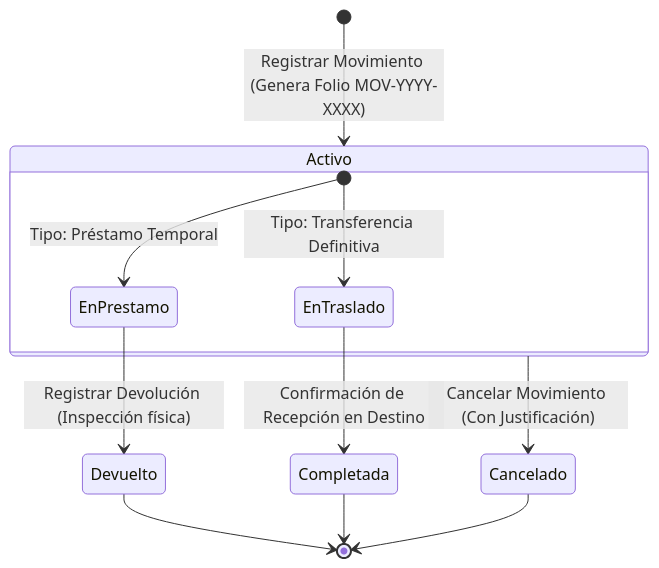
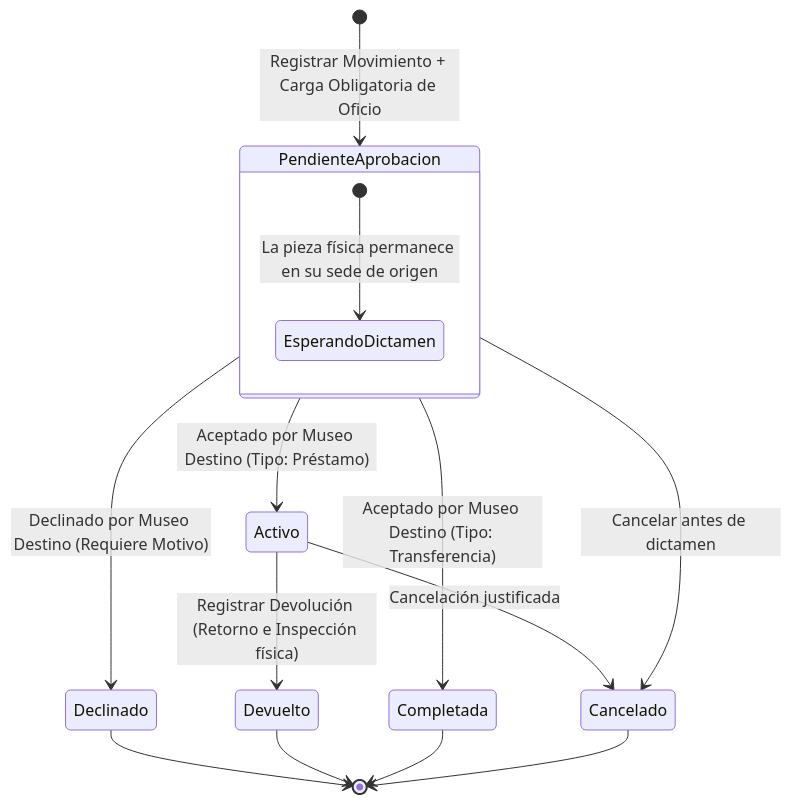
The diagram in boveda/documentacion/02 - Base de Datos y Modelo de Datos/03 - Módulo de Préstamos y Transferencias.md (Ladri2cop/acervo_cultural_server), drawn with Mermaid before and after one commit. The commit also changed other lines of this file and 11 other files, not shown here.

````diff
--- a/boveda/documentacion/02 - Base de Datos y Modelo de Datos/03 - Módulo de Préstamos y Transferencias.md
+++ b/boveda/documentacion/02 - Base de Datos y Modelo de Datos/03 - Módulo de Préstamos y Transferencias.md
@@ -62,18 +71,21 @@
 ```mermaid
 stateDiagram-v2
-    [*] --> Activo : Registrar Movimiento (Genera Folio MOV-YYYY-XXXX)
+    [*] --> PendienteAprobacion : Registrar Movimiento + Carga Obligatoria de Oficio
 
-    state Activo {
-        [*] --> EnPrestamo : Tipo: Préstamo Temporal
-        [*] --> EnTraslado : Tipo: Transferencia Definitiva
+    state PendienteAprobacion {
+        [*] --> EsperandoDictamen : La pieza física permanece en su sede de origen
     }
 
-    EnPrestamo --> Devuelto : Registrar Devolución (Inspección física)
-    EnTraslado --> Completada : Confirmación de Recepción en Destino
-    
-    Activo --> Cancelado : Cancelar Movimiento (Con Justificación)
+    PendienteAprobacion --> Activo : Aceptado por Museo Destino (Tipo: Préstamo)
+    PendienteAprobacion --> Completada : Aceptado por Museo Destino (Tipo: Transferencia)
+    PendienteAprobacion --> Declinado : Declinado por Museo Destino (Requiere Motivo)
 
+    Activo --> Devuelto : Registrar Devolución (Retorno e Inspección física)
+    Activo --> Cancelado : Cancelación justificada
+    PendienteAprobacion --> Cancelado : Cancelar antes de dictamen
+
+    Declinado --> [*]
     Devuelto --> [*]
     Completada --> [*]
     Cancelado --> [*]
 ```
````
